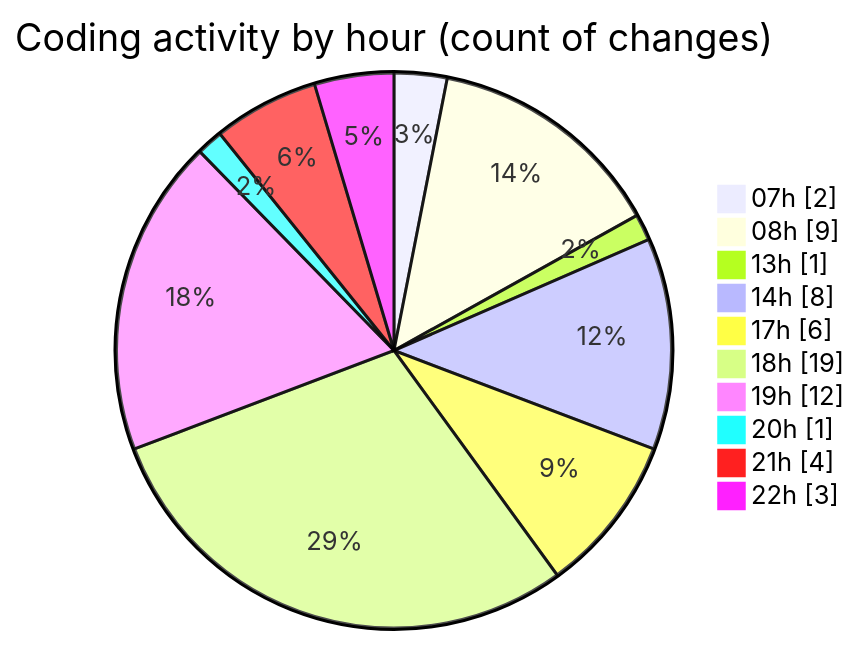
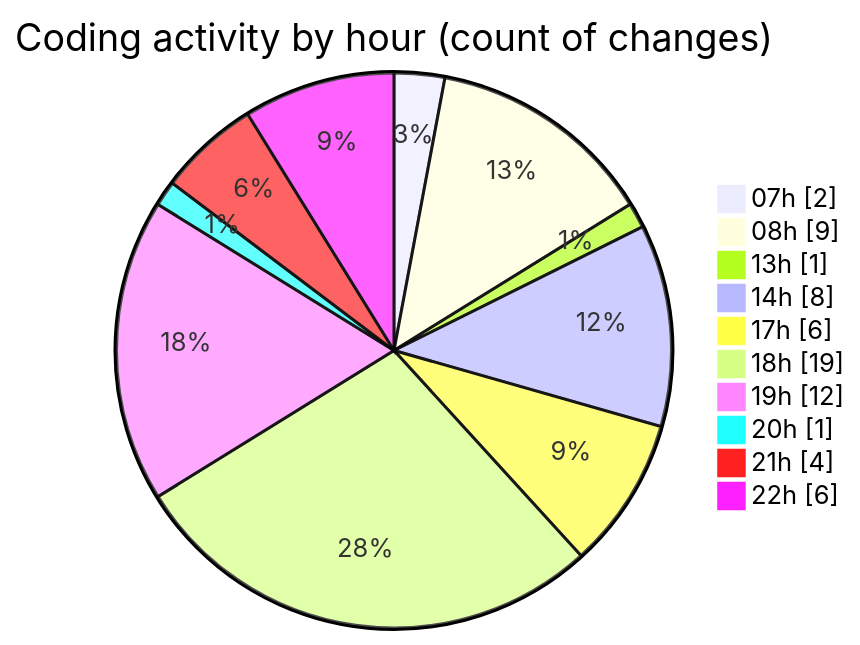
One commit to Elitesun/code-tracking changed the second of 2 diagrams in 2025-05-14/niten/README.md. Above: the diagram before and after it, drawn with Mermaid. The commit also changed other lines of this file and 1 other file, not shown here.

````diff
--- a/2025-05-14/niten/README.md
+++ b/2025-05-14/niten/README.md
@@ -44,14 +45,14 @@
 ```mermaid
 pie showData
 title Coding activity by hour (count of changes)
 "07h" : 2
 "08h" : 9
 "13h" : 1
 "14h" : 8
 "17h" : 6
 "18h" : 19
 "19h" : 12
 "20h" : 1
 "21h" : 4
-"22h" : 3
+"22h" : 6
 ```
````
